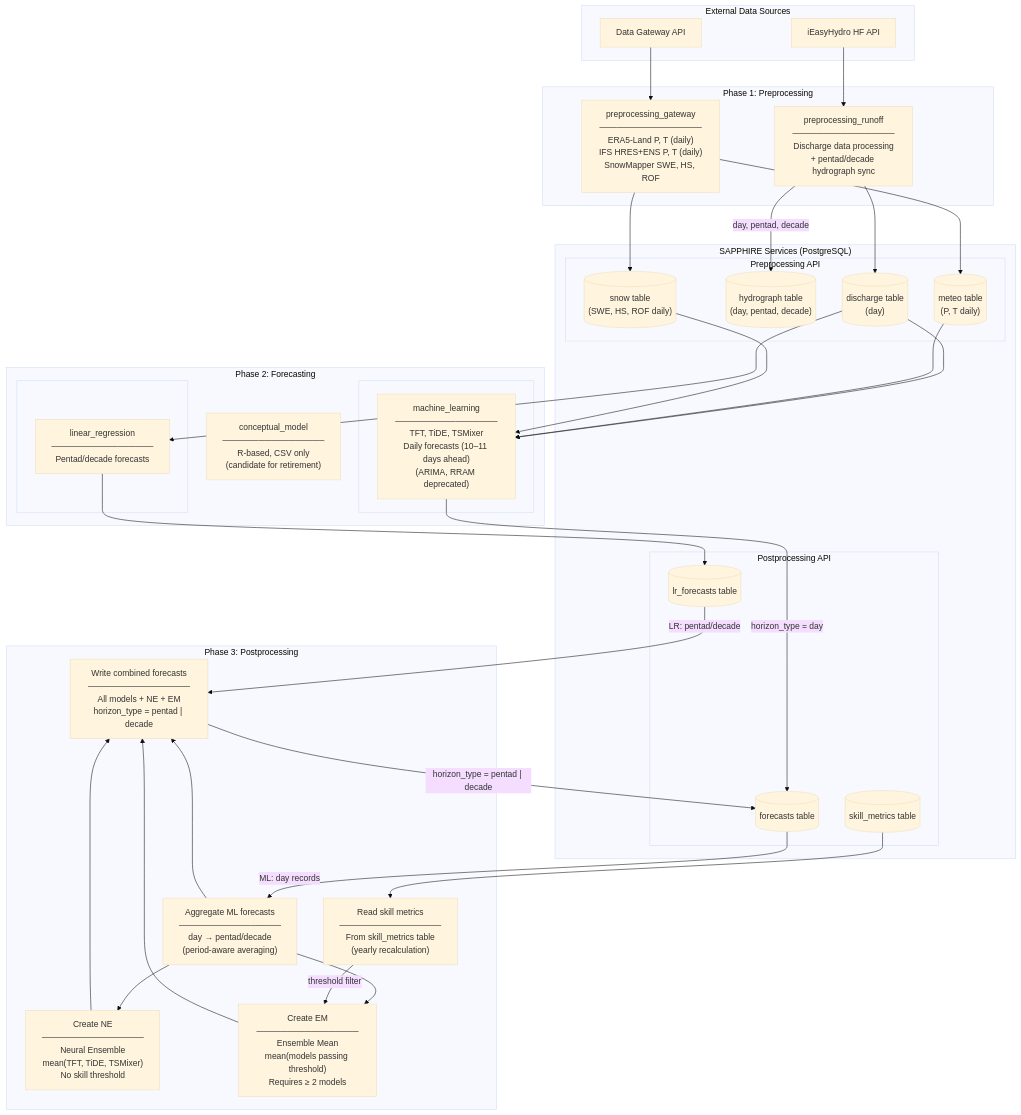
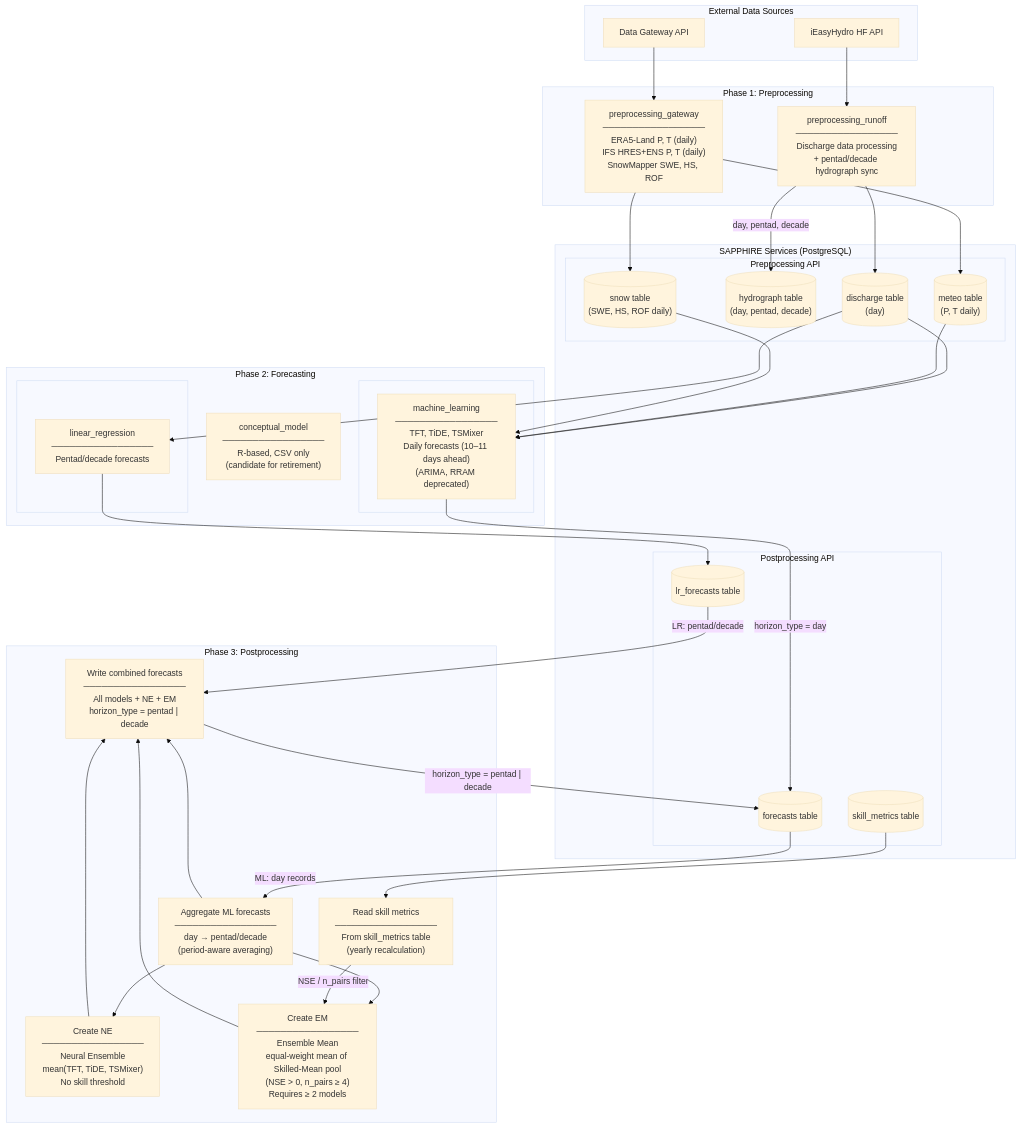
The second of 4 diagrams in doc/data_flow_short_term.md (hydrosolutions/SAPPHIRE_Forecast_Tools), drawn with Mermaid (base theme) before and after one commit. The commit also changed other lines of this file and 57 other files, not shown here.

````diff
--- a/doc/data_flow_short_term.md
+++ b/doc/data_flow_short_term.md
@@ -40,80 +40,80 @@
 ```mermaid
 flowchart TD
     subgraph External["External Data Sources"]
         iEH["iEasyHydro HF API"]
         DG["Data Gateway API"]
     end
 
     subgraph Phase1["Phase 1: Preprocessing"]
         PR["preprocessing_runoff<br/>─────────────────<br/>Discharge data processing<br/>+ pentad/decade hydrograph sync"]
         PG["preprocessing_gateway<br/>─────────────────<br/>ERA5-Land P, T (daily)<br/>IFS HRES+ENS P, T (daily)<br/>SnowMapper SWE, HS, ROF"]
     end
 
     subgraph Phase2["Phase 2: Forecasting"]
         subgraph Phase2LR[" "]
             LR["linear_regression<br/>─────────────────<br/>Pentad/decade forecasts"]
         end
         subgraph Phase2ML[" "]
             ML["machine_learning<br/>─────────────────<br/>TFT, TiDE, TSMixer<br/>Daily forecasts (10–11 days ahead)<br/>(ARIMA, RRAM deprecated)"]
         end
         CM["conceptual_model<br/>─────────────────<br/>R-based, CSV only<br/>(candidate for retirement)"]
     end
 
     subgraph Phase3["Phase 3: Postprocessing"]
         AGG["Aggregate ML forecasts<br/>─────────────────<br/>day → pentad/decade<br/>(period-aware averaging)"]
         NE["Create NE<br/>─────────────────<br/>Neural Ensemble<br/>mean(TFT, TiDE, TSMixer)<br/>No skill threshold"]
         SK["Read skill metrics<br/>─────────────────<br/>From skill_metrics table<br/>(yearly recalculation)"]
-        EM["Create EM<br/>─────────────────<br/>Ensemble Mean<br/>mean(models passing threshold)<br/>Requires ≥ 2 models"]
+        EM["Create EM<br/>─────────────────<br/>Ensemble Mean<br/>equal-weight mean of Skilled-Mean pool<br/>(NSE &gt; 0, n_pairs ≥ 4)<br/>Requires ≥ 2 models"]
         WR["Write combined forecasts<br/>─────────────────<br/>All models + NE + EM<br/>horizon_type = pentad | decade"]
     end
 
     subgraph DB["SAPPHIRE Services (PostgreSQL)"]
         subgraph PreDB["Preprocessing API"]
             DT[("discharge table<br/>(day)")]
             HT[("hydrograph table<br/>(day, pentad, decade)")]
             MT[("meteo table<br/>(P, T daily)")]
             SNT[("snow table<br/>(SWE, HS, ROF daily)")]
         end
         subgraph PostDB["Postprocessing API"]
             LRT[("lr_forecasts table")]
             FT[("forecasts table")]
             SMT[("skill_metrics table")]
         end
     end
 
     %% External → Preprocessing
     iEH --> PR
     DG --> PG
 
     %% Preprocessing → DB
     PR --> DT
     PR -- "day, pentad, decade" --> HT
     PG --> MT
     PG --> SNT
 
     %% Linear Regression: reads discharge, writes lr_forecasts
     DT --> LR
     LR --> LRT
 
     %% Machine Learning: reads discharge + meteo + snow, writes forecasts
     DT --> ML
     MT --> ML
     SNT --> ML
     ML -- "horizon_type = day" --> FT
 
     %% Postprocessing reads from forecasts + lr_forecasts + skill_metrics
     FT -- "ML: day records" --> AGG
     LRT -- "LR: pentad/decade" --> WR
     SMT --> SK
 
     %% Ensemble creation
     AGG --> NE
     AGG --> EM
-    SK -- "threshold filter" --> EM
+    SK -- "NSE / n_pairs filter" --> EM
 
     %% Writing
     NE --> WR
     EM --> WR
     AGG --> WR
     WR -- "horizon_type = pentad | decade" --> FT
 ```
````
